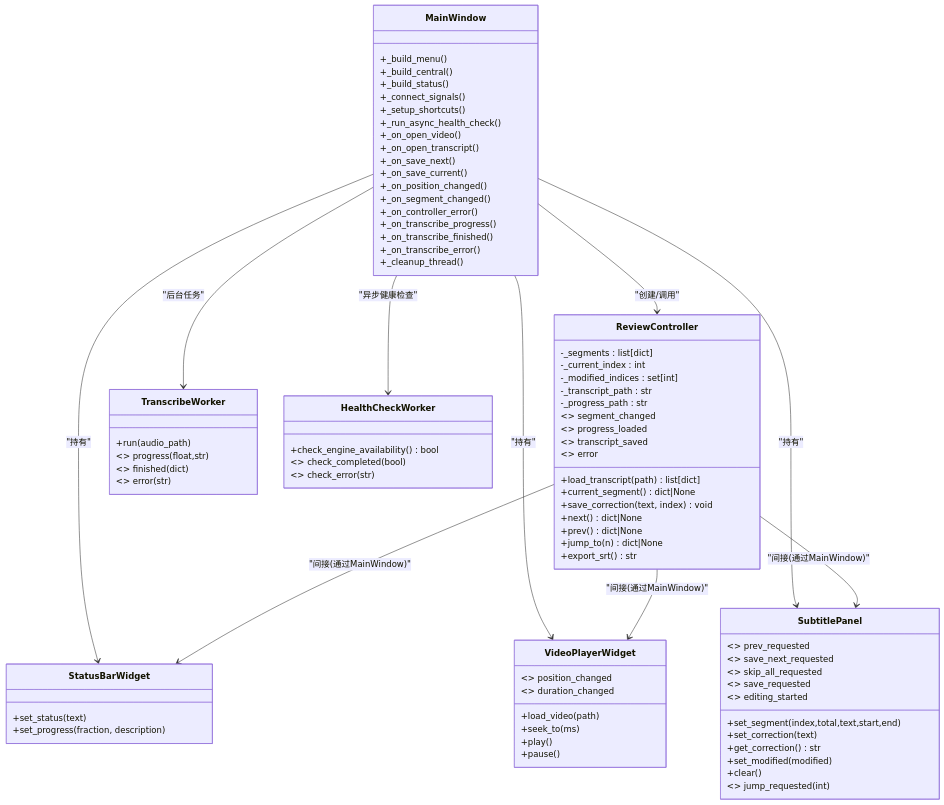
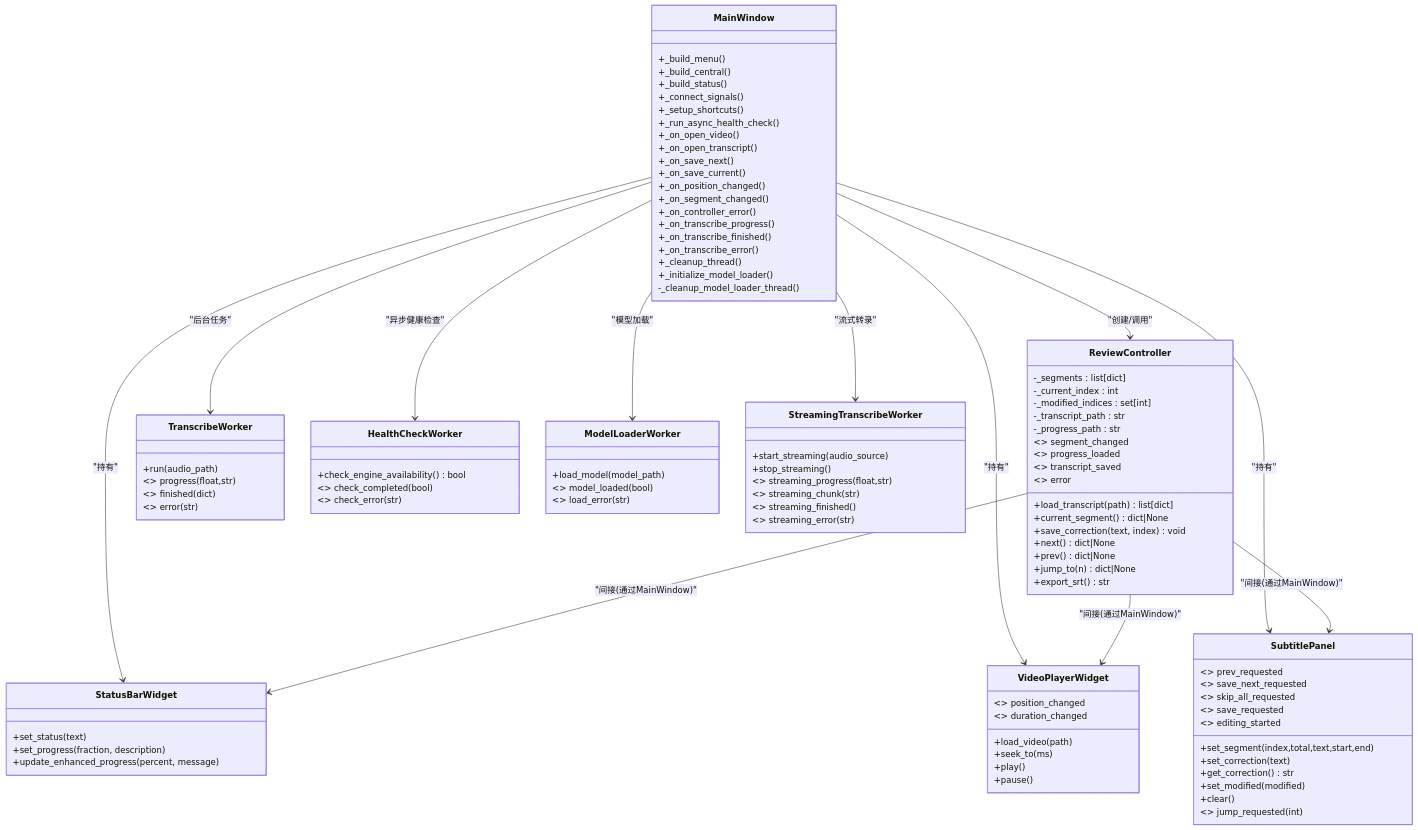
One commit to boyingliu01/VideoSplitter changed the second of 5 diagrams in .qoder/repowiki/zh/content/用户界面/GUI架构设计.md. Above: the diagram before and after it, drawn with Mermaid. The commit also changed other lines of this file and 147 other files, not shown here.

```diff
--- a/.qoder/repowiki/zh/content/用户界面/GUI架构设计.md
+++ b/.qoder/repowiki/zh/content/用户界面/GUI架构设计.md
@@ -131,6 +146,8 @@
 +_on_transcribe_finished()
 +_on_transcribe_error()
 +_cleanup_thread()
++_initialize_model_loader()
+-_cleanup_model_loader_thread()
 }
 class ReviewController {
 -_segments : list[dict]
@@ -174,6 +191,7 @@
 class StatusBarWidget {
 +set_status(text)
 +set_progress(fraction, description)
++update_enhanced_progress(percent, message)
 }
 class TranscribeWorker {
 +run(audio_path)
@@ -186,12 +204,27 @@
 <<signals>> check_completed(bool)
 <<signals>> check_error(str)
 }
+class ModelLoaderWorker {
++load_model(model_path)
+<<signals>> model_loaded(bool)
+<<signals>> load_error(str)
+}
+class StreamingTranscribeWorker {
++start_streaming(audio_source)
++stop_streaming()
+<<signals>> streaming_progress(float,str)
+<<signals>> streaming_chunk(str)
+<<signals>> streaming_finished()
+<<signals>> streaming_error(str)
+}
 MainWindow --> ReviewController : "创建/调用"
 MainWindow --> VideoPlayerWidget : "持有"
 MainWindow --> SubtitlePanel : "持有"
 MainWindow --> StatusBarWidget : "持有"
 MainWindow --> TranscribeWorker : "后台任务"
 MainWindow --> HealthCheckWorker : "异步健康检查"
+MainWindow --> ModelLoaderWorker : "模型加载"
+MainWindow --> StreamingTranscribeWorker : "流式转录"
 ReviewController --> StatusBarWidget : "间接(通过MainWindow)"
 ReviewController --> VideoPlayerWidget : "间接(通过MainWindow)"
 ReviewController --> SubtitlePanel : "间接(通过MainWindow)"
```
